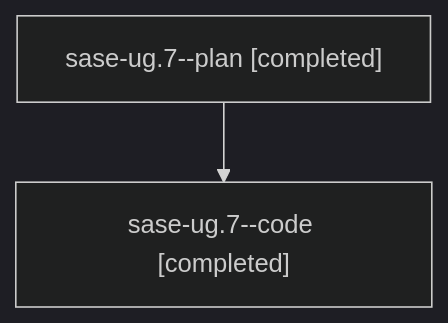
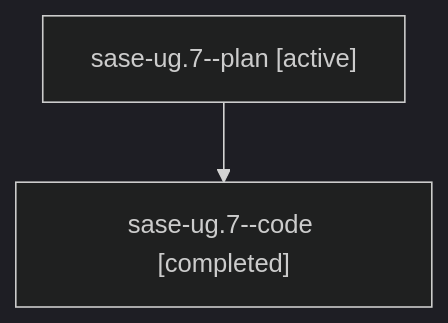
Before and after one commit to sase-org/sase--agents: the diagram in families/bbugyi200.athena.sase-ug.7.md, drawn with Mermaid (dark theme). The commit also changed other lines of this file and 35830 other files, not shown here.

````diff
--- a/families/bbugyi200.athena.sase-ug.7.md
+++ b/families/bbugyi200.athena.sase-ug.7.md
@@ -9,6 +9,6 @@
 ```mermaid
 flowchart TD
-  n0["sase-ug.7--plan [completed]"]
+  n0["sase-ug.7--plan [active]"]
   n1["sase-ug.7--code [completed]"]
   n0 --> n1
 ```
````
